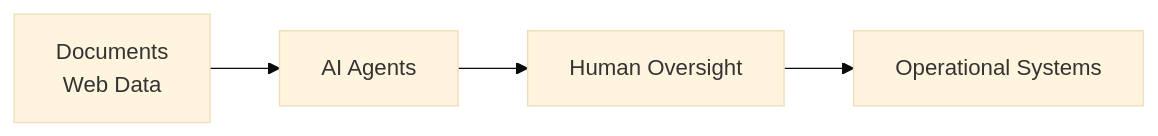
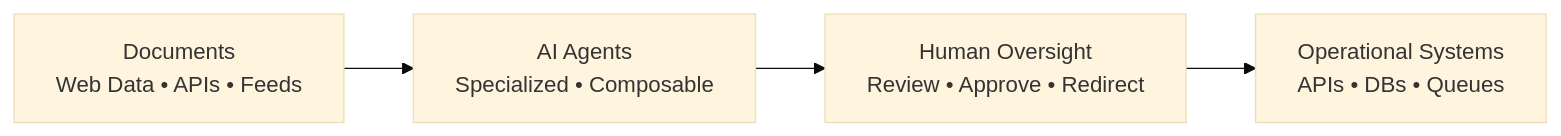
One commit to Hardonian/Hardonian changed the fourth of 5 diagrams in README.md. Above: the diagram before and after it, drawn with Mermaid (base theme). The commit also changed other lines of this file, not shown here.

````diff
--- a/README.md
+++ b/README.md
@@ -221,12 +238,12 @@
 ```mermaid
 flowchart LR
 
-Docs["Documents<br/>Web Data"]
-Agents["AI Agents"]
-Review["Human Oversight"]
-Output["Operational Systems"]
+    Docs["Documents<br/>Web Data • APIs • Feeds"]
+    Agents["AI Agents<br/>Specialized • Composable"]
+    Review["Human Oversight<br/>Review • Approve • Redirect"]
+    Output["Operational Systems<br/>APIs • DBs • Queues"]
 
-Docs --> Agents
-Agents --> Review
-Review --> Output
+    Docs --> Agents
+    Agents --> Review
+    Review --> Output
 ```
````
